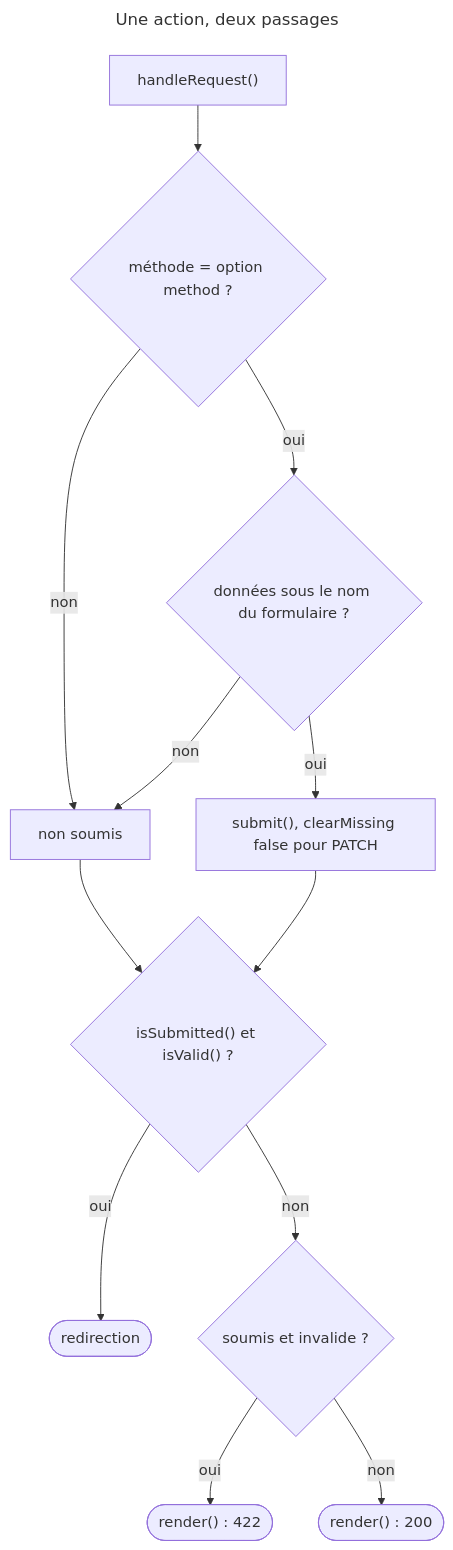
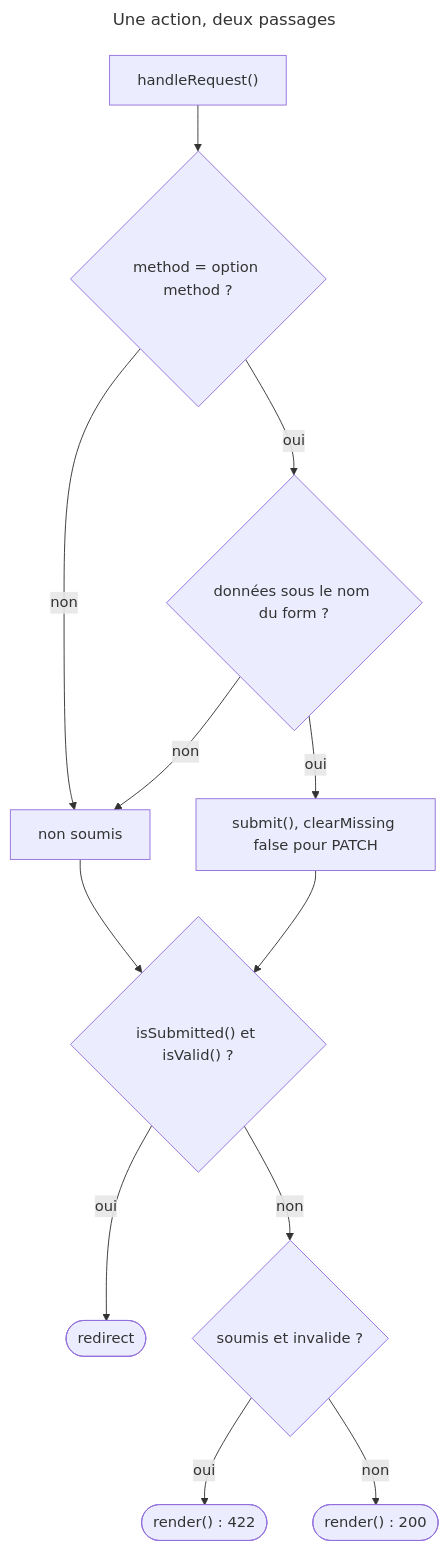
The diagram in content/courses/CRS-nfkzx2s1n3r3.md (jasserYahyaoui/Symfony-8-Certification-Path), drawn with Mermaid before and after one commit. The commit also changed other lines of this file and 207 other files, not shown here.

````diff
--- a/content/courses/CRS-nfkzx2s1n3r3.md
+++ b/content/courses/CRS-nfkzx2s1n3r3.md
@@ -95,19 +95,19 @@
 ```mermaid
 ---
 title: Une action, deux passages
 ---
 flowchart TD
-  accTitle: Une seule action qui affiche et traite un formulaire
-  accDescr: handleRequest() ne soumet rien si la méthode de la requête diffère de l'option method du formulaire, POST par défaut, ni si la requête ne porte pas de données sous le nom du formulaire. Sinon il appelle submit(), avec clearMissing à false pour PATCH. Le contrôleur teste isSubmitted() puis isValid(). Soumis et valide, il redirige. Sinon il rend le formulaire, et render() passe la réponse en 422 si le formulaire est soumis et invalide. isValid() sur un formulaire non soumis lève une LogicException.
-  HR["handleRequest()"] --> M{"méthode = option method ?"}
+  accTitle: Une seule action qui affiche et traite un form
+  accDescr: handleRequest() ne soumet rien si la method de la Request diffère de l'option method du form, POST par défaut, ni si la Request ne porte pas de données sous le nom du form. Sinon il appelle submit(), avec clearMissing à false pour PATCH. Le controller teste isSubmitted() puis isValid(). Soumis et valide, il redirige. Sinon il rend le form, et render() passe la Response en 422 si le form est soumis et invalide. isValid() sur un form non soumis lève une LogicException.
+  HR["handleRequest()"] --> M{"method = option method ?"}
   M -->|"non"| NS["non soumis"]
-  M -->|"oui"| D{"données sous le nom du formulaire ?"}
+  M -->|"oui"| D{"données sous le nom du form ?"}
   D -->|"non"| NS
   D -->|"oui"| SUB["submit(), clearMissing false pour PATCH"]
   SUB --> V{"isSubmitted() et isValid() ?"}
   NS --> V
-  V -->|"oui"| RED(["redirection"])
+  V -->|"oui"| RED(["redirect"])
   V -->|"non"| R{"soumis et invalide ?"}
   R -->|"oui"| R422(["render() : 422"])
   R -->|"non"| R200(["render() : 200"])
 ```
````
